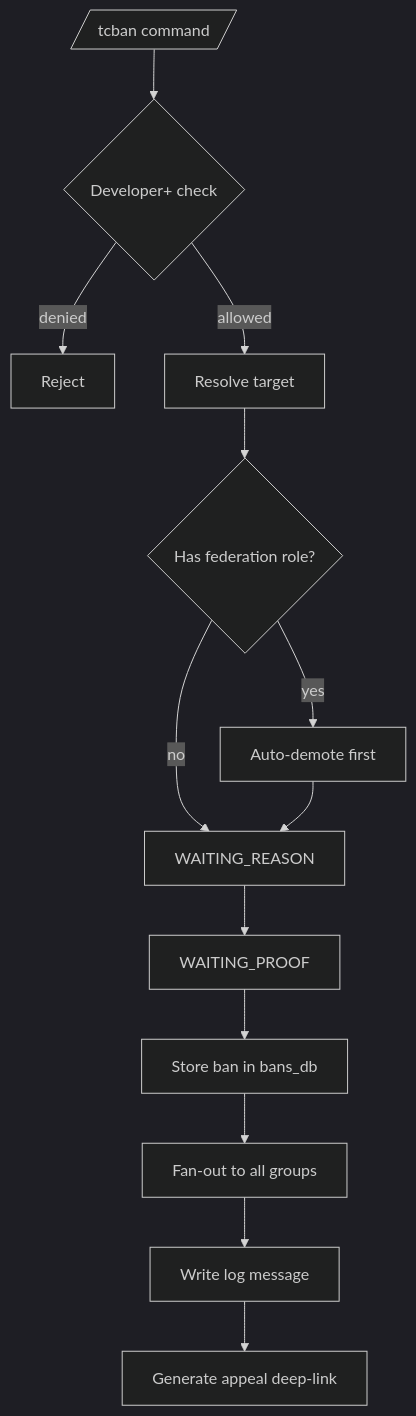
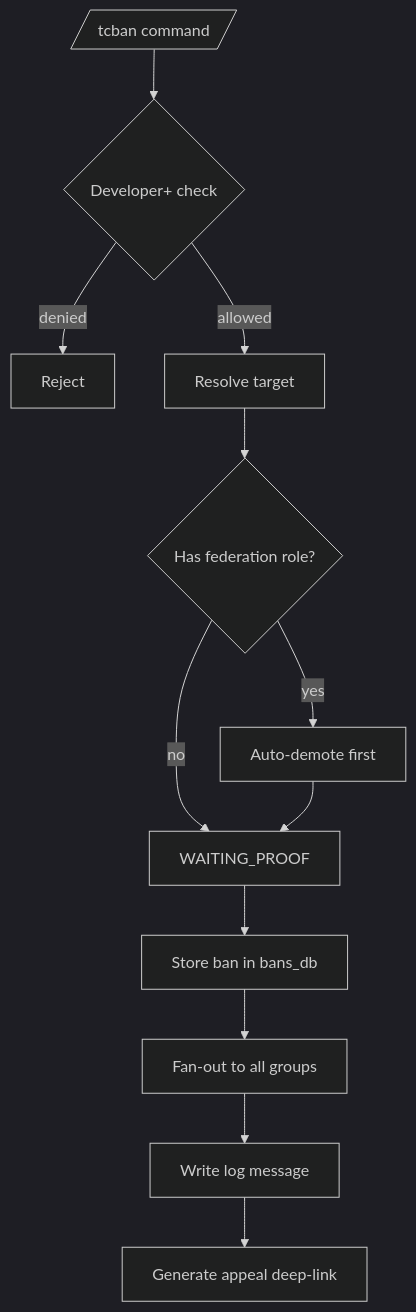
The diagram in docs/features/moderation/banning.md (D1ZZY4/tcbot), drawn with Mermaid (dark theme) before and after one commit. The commit also changed 7 other files, not shown here.

First line of the commit message:
docs: clarify timeout descriptions, fix PREFIXES default comment, fix ban mermaid

````diff
--- a/docs/features/moderation/banning.md
+++ b/docs/features/moderation/banning.md
@@ -12,15 +12,14 @@
 ```mermaid
 flowchart TD
     Cmd[/tcban command/] --> Permission{Developer+ check}
     Permission -->|denied| End1[Reject]
     Permission -->|allowed| Target[Resolve target]
     Target --> RoleCheck{Has federation role?}
     RoleCheck -->|yes| AutoDemote[Auto-demote first]
-    RoleCheck -->|no| ReasonStep[WAITING_REASON]
-    AutoDemote --> ReasonStep
-    ReasonStep --> ProofStep[WAITING_PROOF]
+    RoleCheck -->|no| ProofStep[WAITING_PROOF]
+    AutoDemote --> ProofStep
     ProofStep --> StoreBan[Store ban in bans_db]
     StoreBan --> FanOut[Fan-out to all groups]
     FanOut --> Log[Write log message]
     Log --> AppealLink[Generate appeal deep-link]
 ```
````
